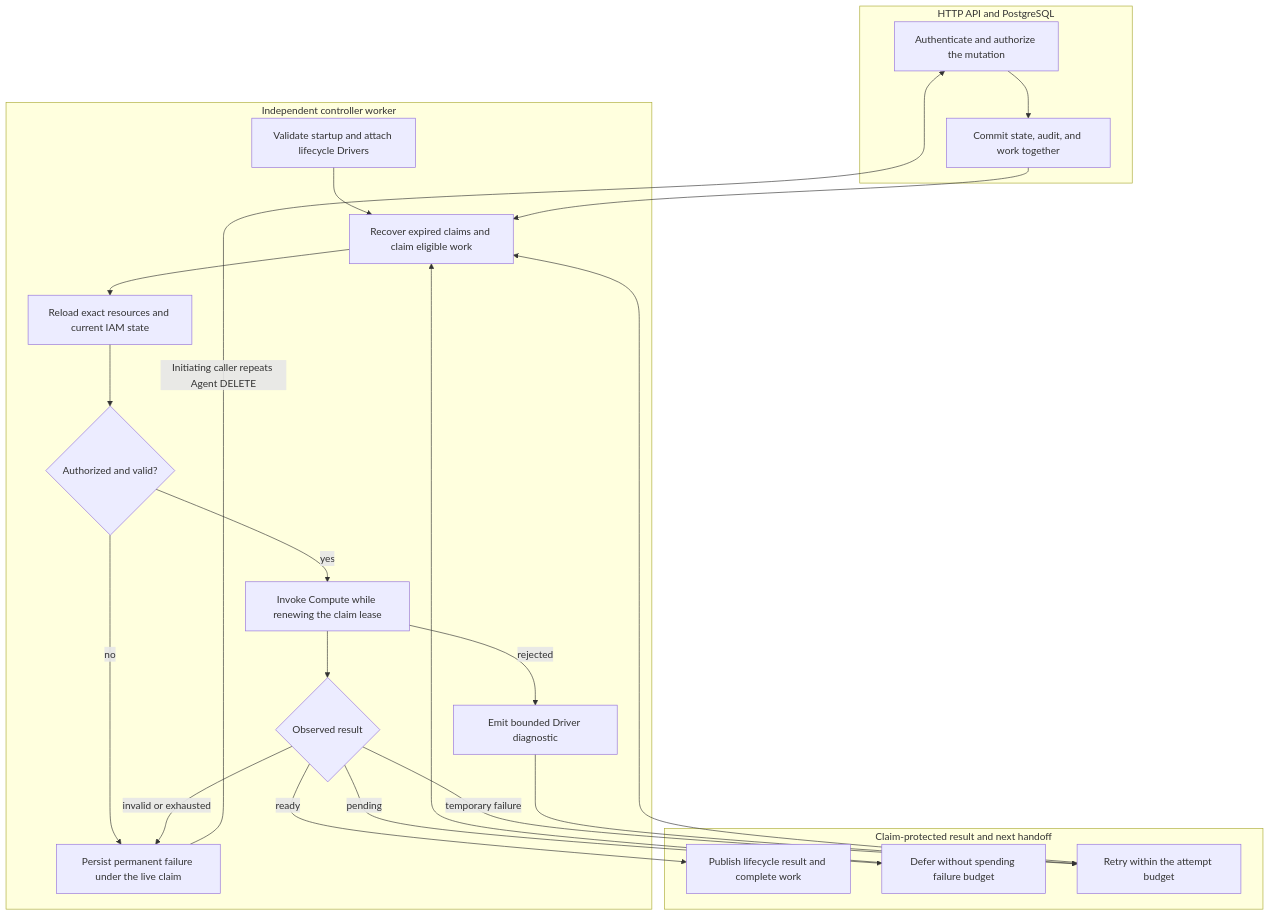
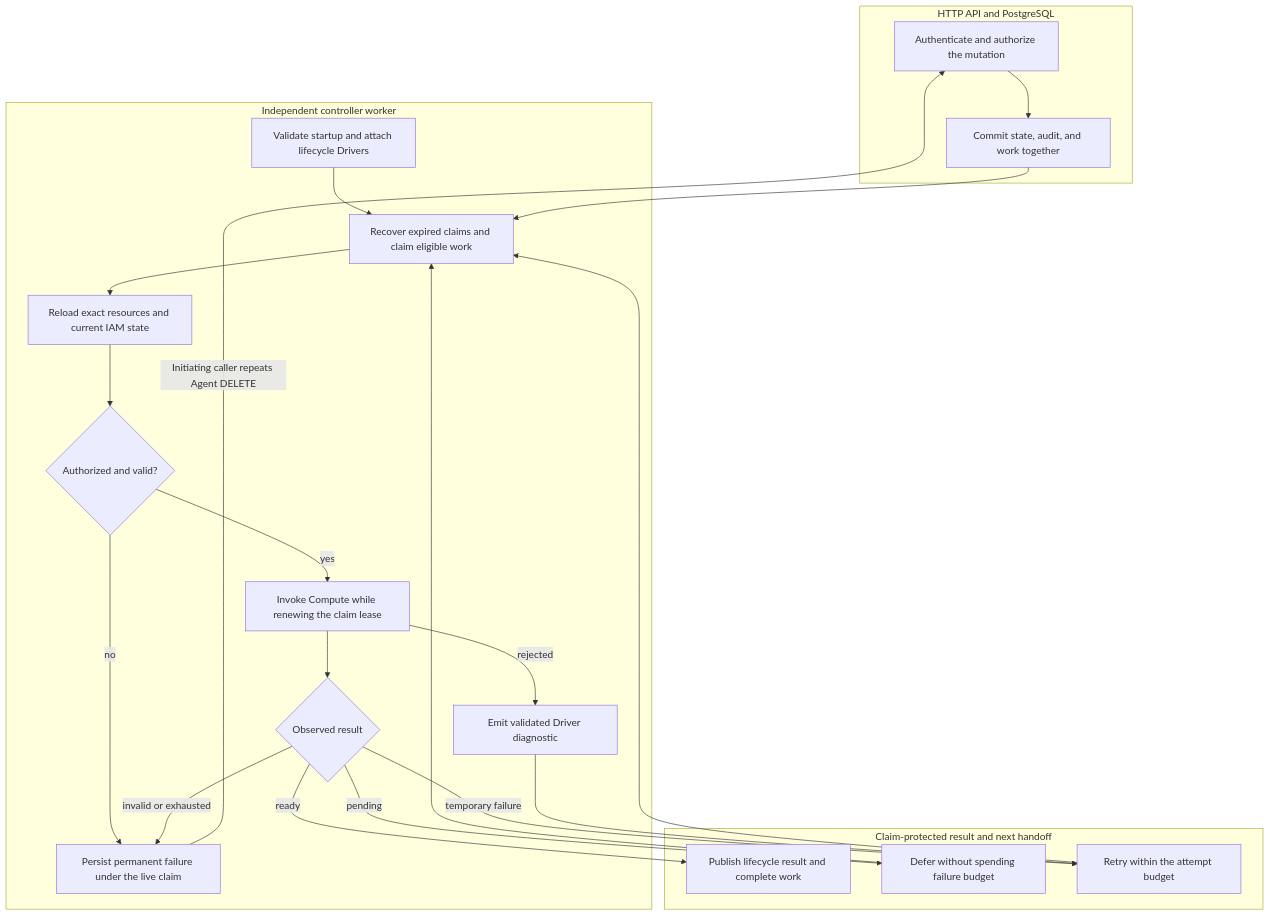
Before and after one commit to openclaw/openclaw-enterprise: the diagram in docs/flows/controller-worker.md, drawn with Mermaid. The commit also changed other lines of this file and 198 other files, not shown here.

````diff
--- a/docs/flows/controller-worker.md
+++ b/docs/flows/controller-worker.md
@@ -30,26 +30,26 @@
 ```mermaid
 graph TD
     subgraph Admission["HTTP API and PostgreSQL"]
         A["Authenticate and authorize the mutation"] --> B["Commit state, audit, and work together"]
     end
     subgraph Worker["Independent controller worker"]
         C["Validate startup and attach lifecycle Drivers"] --> D["Recover expired claims and claim eligible work"]
         B --> D
         D --> E["Reload exact resources and current IAM state"]
         E --> F{"Authorized and valid?"}
         F -->|yes| G["Invoke Compute while renewing the claim lease"]
         F -->|no| H["Persist permanent failure under the live claim"]
         G --> I{"Observed result"}
-        G -->|rejected| R["Emit bounded Driver diagnostic"]
+        G -->|rejected| R["Emit validated Driver diagnostic"]
     end
     subgraph Outcome["Claim-protected result and next handoff"]
         I -->|ready| J["Publish lifecycle result and complete work"]
         I -->|pending| K["Defer without spending failure budget"]
         I -->|temporary failure| L["Retry within the attempt budget"]
         R --> L
         I -->|invalid or exhausted| H
         K --> D
         L --> D
         H -->|"Initiating caller repeats Agent DELETE"| A
     end
 ```
````
